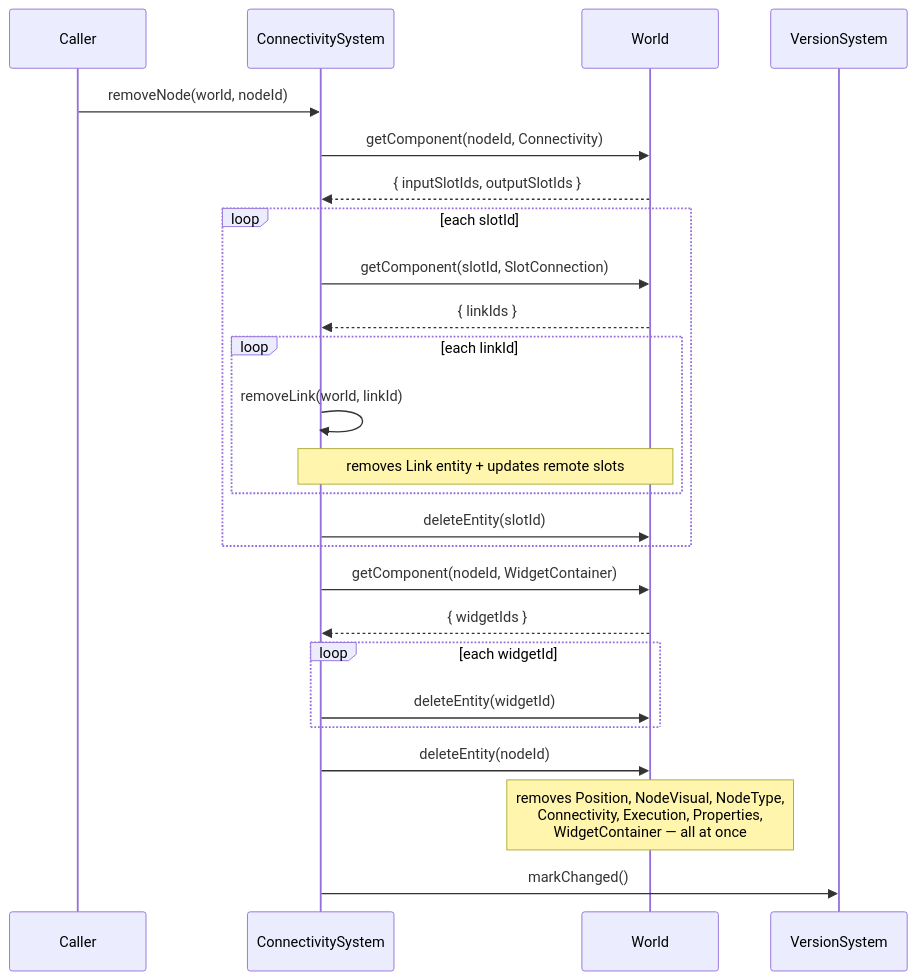
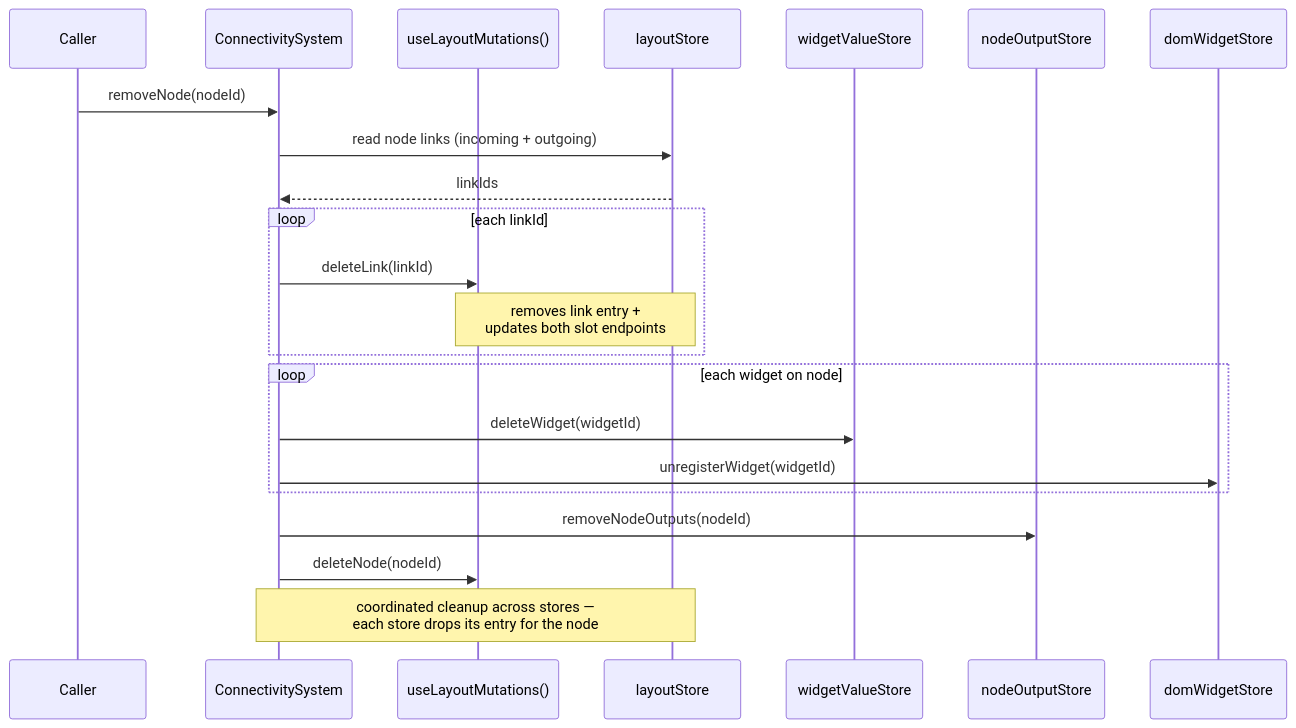
One commit to mg-org-4/sub-251027 changed the second of 14 diagrams in ComfyUI_frontend/docs/architecture/ecs-lifecycle-scenarios.md. Above: the diagram before and after it, drawn with Mermaid. The commit also changed other lines of this file and 518 other files, not shown here.

````diff
--- a/ComfyUI_frontend/docs/architecture/ecs-lifecycle-scenarios.md
+++ b/ComfyUI_frontend/docs/architecture/ecs-lifecycle-scenarios.md
@@ -62,33 +64,29 @@
 ```mermaid
 sequenceDiagram
     participant Caller
     participant CS as ConnectivitySystem
-    participant W as World
-    participant VS as VersionSystem
+    participant LM as useLayoutMutations()
+    participant LS as layoutStore
+    participant WVS as widgetValueStore
+    participant NOS as nodeOutputStore
+    participant DWS as domWidgetStore
 
-    Caller->>CS: removeNode(world, nodeId)
+    Caller->>CS: removeNode(nodeId)
 
-    CS->>W: getComponent(nodeId, Connectivity)
-    W-->>CS: { inputSlotIds, outputSlotIds }
+    CS->>LS: read node links (incoming + outgoing)
+    LS-->>CS: linkIds
 
-    loop each slotId
-        CS->>W: getComponent(slotId, SlotConnection)
-        W-->>CS: { linkIds }
-        loop each linkId
-            CS->>CS: removeLink(world, linkId)
-            Note over CS,W: removes Link entity + updates remote slots
-        end
-        CS->>W: deleteEntity(slotId)
+    loop each linkId
+        CS->>LM: deleteLink(linkId)
+        Note over LM,LS: removes link entry +<br/>updates both slot endpoints
     end
 
-    CS->>W: getComponent(nodeId, WidgetContainer)
-    W-->>CS: { widgetIds }
-    loop each widgetId
-        CS->>W: deleteEntity(widgetId)
+    loop each widget on node
+        CS->>WVS: deleteWidget(widgetId)
+        CS->>DWS: unregisterWidget(widgetId)
     end
 
-    CS->>W: deleteEntity(nodeId)
-    Note over W: removes Position, NodeVisual, NodeType,<br/>Connectivity, Execution, Properties,<br/>WidgetContainer — all at once
-
-    CS->>VS: markChanged()
+    CS->>NOS: removeNodeOutputs(nodeId)
+    CS->>LM: deleteNode(nodeId)
+    Note over CS,LS: coordinated cleanup across stores —<br/>each store drops its entry for the node
 ```
````
